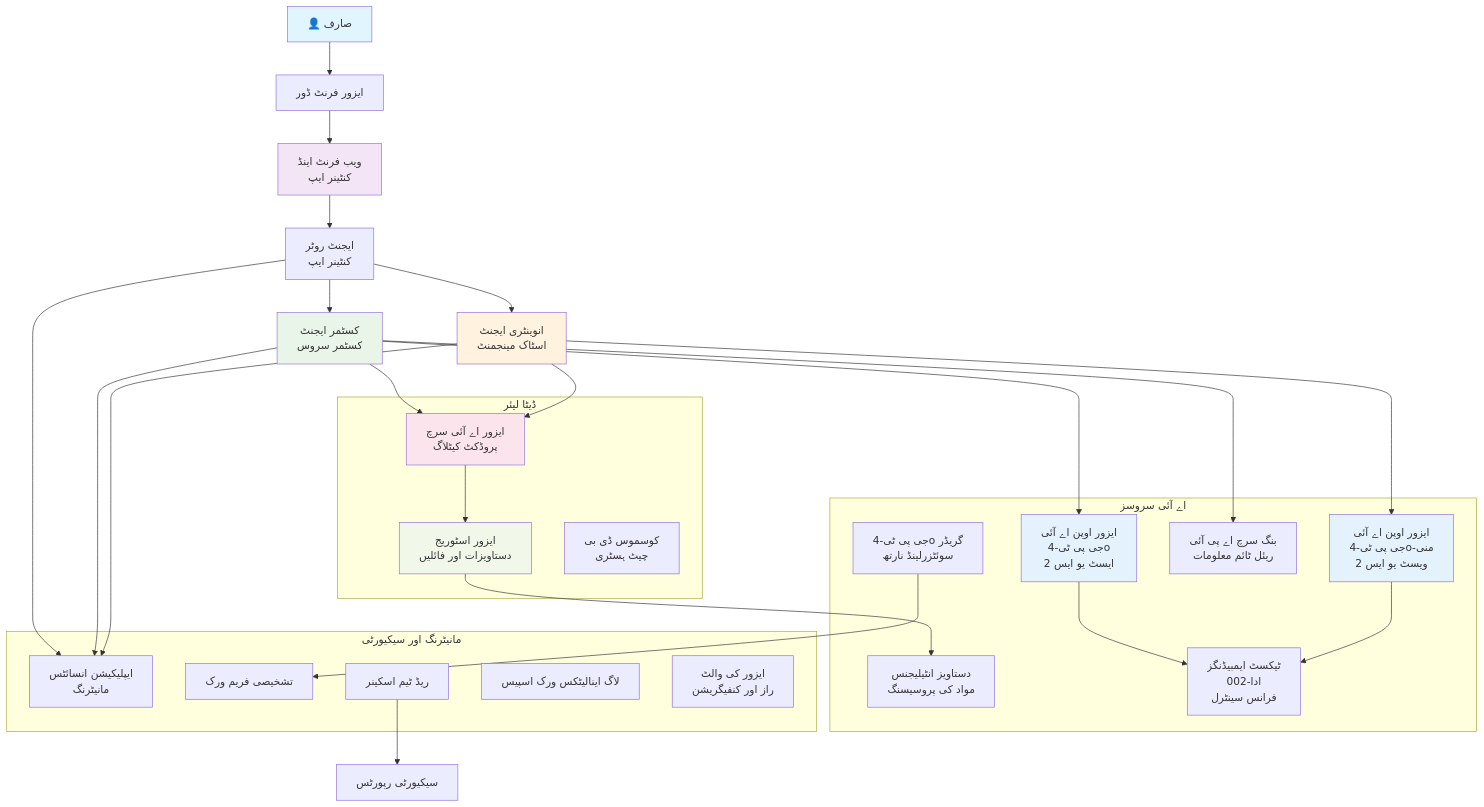
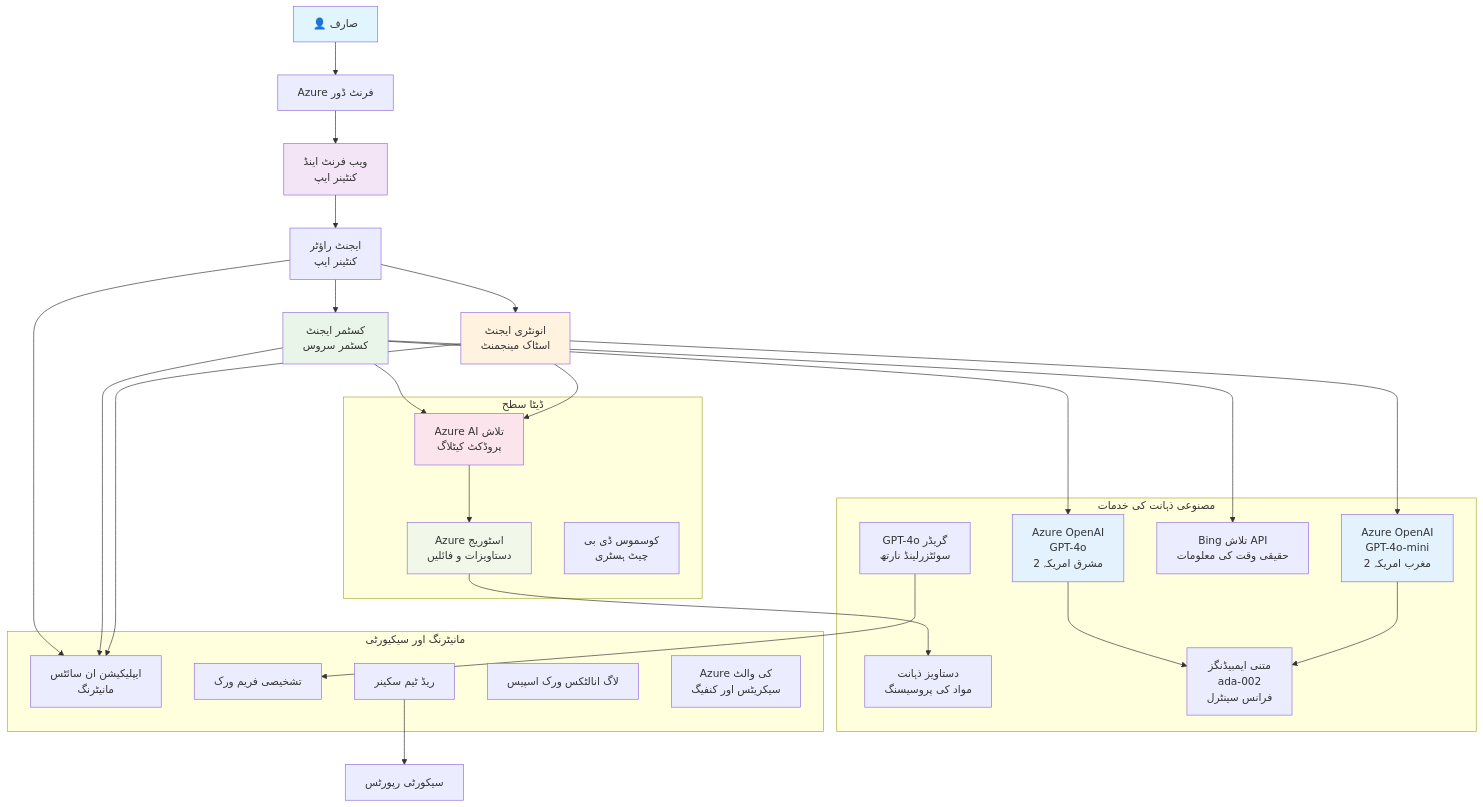
Before and after one commit to microsoft/AZD-for-beginners: the diagram in translations/ur/examples/retail-scenario.md, drawn with Mermaid. The commit also changed other lines of this file and 298 other files, not shown here.

````diff
--- a/translations/ur/examples/retail-scenario.md
+++ b/translations/ur/examples/retail-scenario.md
@@ -148,61 +140,61 @@
 ```mermaid
 graph TB
-    User[👤 صارف] --> LB[ایزور فرنٹ ڈور]
+    User[👤 صارف] --> LB[Azure فرنٹ ڈور]
     LB --> WebApp[ویب فرنٹ اینڈ<br/>کنٹینر ایپ]
     
-    WebApp --> Router[ایجنٹ روٹر<br/>کنٹینر ایپ]
+    WebApp --> Router[ایجنٹ راؤٹر<br/>کنٹینر ایپ]
     Router --> CustomerAgent[کسٹمر ایجنٹ<br/>کسٹمر سروس]
-    Router --> InvAgent[انوینٹری ایجنٹ<br/>اسٹاک مینجمنٹ]
+    Router --> InvAgent[انونٹری ایجنٹ<br/>اسٹاک مینجمنٹ]
     
-    CustomerAgent --> OpenAI1[ایزور اوپن اے آئی<br/>جی پی ٹی-4o<br/>ایسٹ یو ایس 2]
-    InvAgent --> OpenAI2[ایزور اوپن اے آئی<br/>جی پی ٹی-4o-منی<br/>ویسٹ یو ایس 2]
+    CustomerAgent --> OpenAI1[Azure OpenAI<br/>GPT-4o<br/>مشرق امریکہ 2]
+    InvAgent --> OpenAI2[Azure OpenAI<br/>GPT-4o-mini<br/>مغرب امریکہ 2]
     
-    CustomerAgent --> AISearch[ایزور اے آئی سرچ<br/>پروڈکٹ کیٹلاگ]
-    CustomerAgent --> BingSearch[بنگ سرچ اے پی آئی<br/>ریئل ٹائم معلومات]
+    CustomerAgent --> AISearch[Azure AI تلاش<br/>پروڈکٹ کیٹلاگ]
+    CustomerAgent --> BingSearch[Bing تلاش API<br/>حقیقی وقت کی معلومات]
     InvAgent --> AISearch
     
-    AISearch --> Storage[ایزور اسٹوریج<br/>دستاویزات اور فائلیں]
-    Storage --> DocIntel[دستاویز انٹیلیجنس<br/>مواد کی پروسیسنگ]
+    AISearch --> Storage[Azure اسٹوریج<br/>دستاویزات و فائلیں]
+    Storage --> DocIntel[دستاویز ذہانت<br/>مواد کی پروسیسنگ]
     
-    OpenAI1 --> Embeddings[ٹیکسٹ ایمبیڈنگز<br/>ادا-002<br/>فرانس سینٹرل]
+    OpenAI1 --> Embeddings[متنی ایمبیڈنگز<br/>ada-002<br/>فرانس سینٹرل]
     OpenAI2 --> Embeddings
     
-    Router --> AppInsights[ایپلیکیشن انسائٹس<br/>مانیٹرنگ]
+    Router --> AppInsights[ایپلیکیشن ان سائٹس<br/>مانیٹرنگ]
     CustomerAgent --> AppInsights
     InvAgent --> AppInsights
     
-    GraderModel[جی پی ٹی-4o گریڈر<br/>سوئٹزرلینڈ نارتھ] --> Evaluation[تشخیصی فریم ورک]
-    RedTeam[ریڈ ٹیم اسکینر] --> SecurityReports[سیکیورٹی رپورٹس]
+    GraderModel[GPT-4o گریڈر<br/>سوئٹزرلینڈ نارتھ] --> Evaluation[تشخیصی فریم ورک]
+    RedTeam[ریڈ ٹیم سکینر] --> SecurityReports[سیکورٹی رپورٹس]
     
-    subgraph "ڈیٹا لیئر"
+    subgraph "ڈیٹا سطح"
         Storage
         AISearch
         CosmosDB[کوسموس ڈی بی<br/>چیٹ ہسٹری]
     end
     
-    subgraph "اے آئی سروسز"
+    subgraph "مصنوعی ذہانت کی خدمات"
         OpenAI1
         OpenAI2
         Embeddings
         GraderModel
         DocIntel
         BingSearch
     end
     
     subgraph "مانیٹرنگ اور سیکیورٹی"
         AppInsights
-        LogAnalytics[لاگ اینالیٹکس ورک اسپیس]
-        KeyVault[ایزور کی والٹ<br/>راز اور کنفیگریشن]
+        LogAnalytics[لاگ انالٹکس ورک اسپیس]
+        KeyVault[Azure کی والٹ<br/>سیکریٹس اور کنفیگ]
         RedTeam
         Evaluation
     end
     
     style User fill:#e1f5fe
     style WebApp fill:#f3e5f5
     style CustomerAgent fill:#e8f5e8
     style InvAgent fill:#fff3e0
     style OpenAI1 fill:#e3f2fd
     style OpenAI2 fill:#e3f2fd
     style AISearch fill:#fce4ec
     style Storage fill:#f1f8e9
-```
+```  
````
